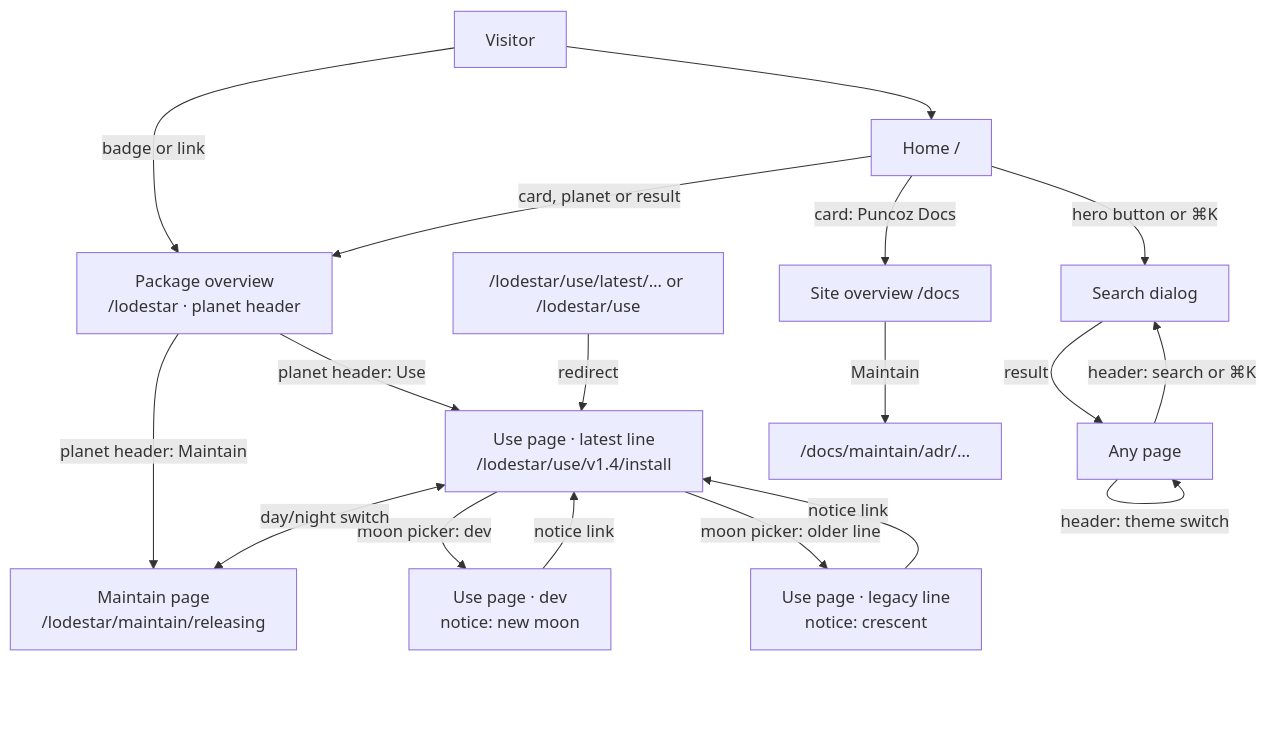
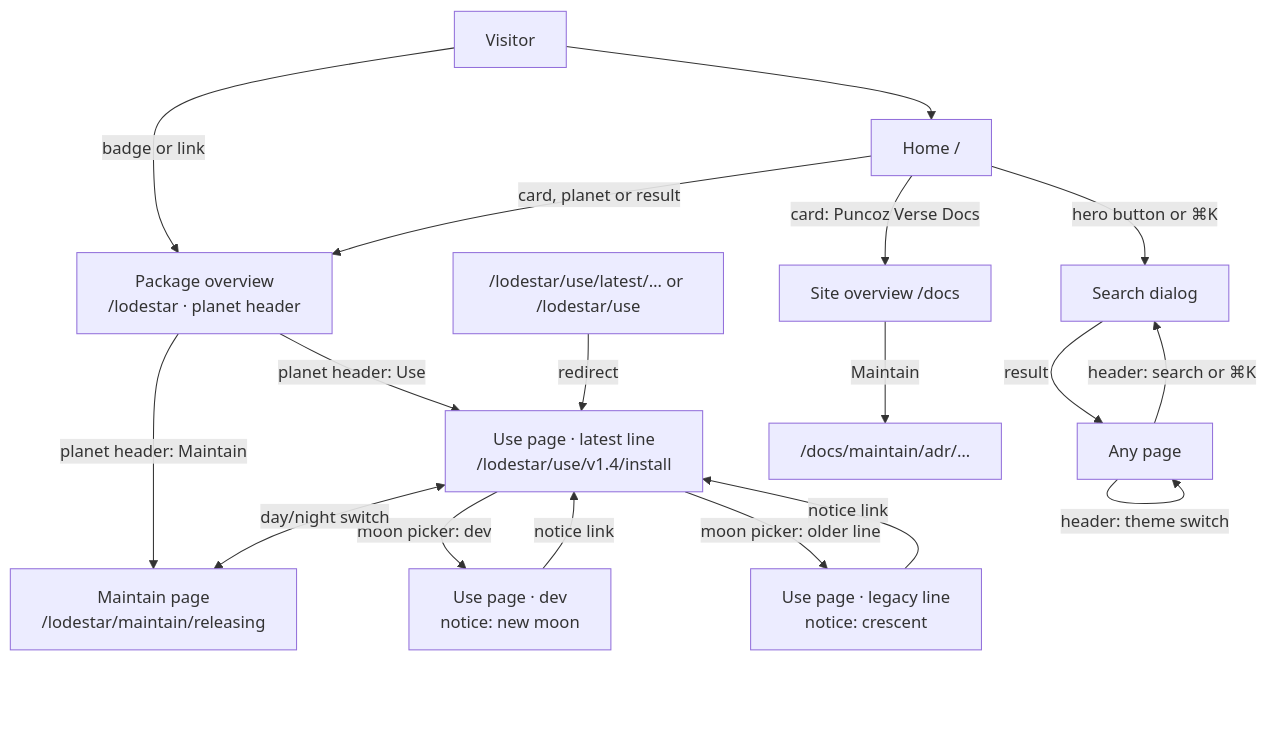
One commit to nepal-dev-com/docs.nepal-dev.com changed the first of 8 diagrams in content/docs/maintain/app-flow/site-pages.mdx. Above: the diagram before and after it, drawn with Mermaid. The commit also changed other lines of this file and 85 other files, not shown here.

Commit message:
site renamed to puncoz verse

````diff
--- a/content/docs/maintain/app-flow/site-pages.mdx
+++ b/content/docs/maintain/app-flow/site-pages.mdx
@@ -53,20 +53,20 @@
 ```mermaid
 flowchart TB
   V[Visitor] --> H["Home /"]
   V -->|badge or link| O
   H -->|card, planet or result| O["Package overview<br/>/lodestar · planet header"]
   H -->|hero button or ⌘K| S
   P -->|header: search or ⌘K| S["Search dialog"]
   S -->|result| P
   O -->|planet header: Use| U["Use page · latest line<br/>/lodestar/use/v1.4/install"]
   O -->|planet header: Maintain| M["Maintain page<br/>/lodestar/maintain/releasing"]
   A["/lodestar/use/latest/… or /lodestar/use"] -->|redirect| U
   U -->|moon picker: dev| N["Use page · dev<br/>notice: new moon"]
   U -->|moon picker: older line| G["Use page · legacy line<br/>notice: crescent"]
   N -->|notice link| U
   G -->|notice link| U
   U <-->|day/night switch| M
   P["Any page"] -->|header: theme switch| P
-  H -->|card: Puncoz Docs| D["Site overview /docs"]
+  H -->|card: Puncoz Verse Docs| D["Site overview /docs"]
   D -->|Maintain| DM["/docs/maintain/adr/…"]
 ```
````
